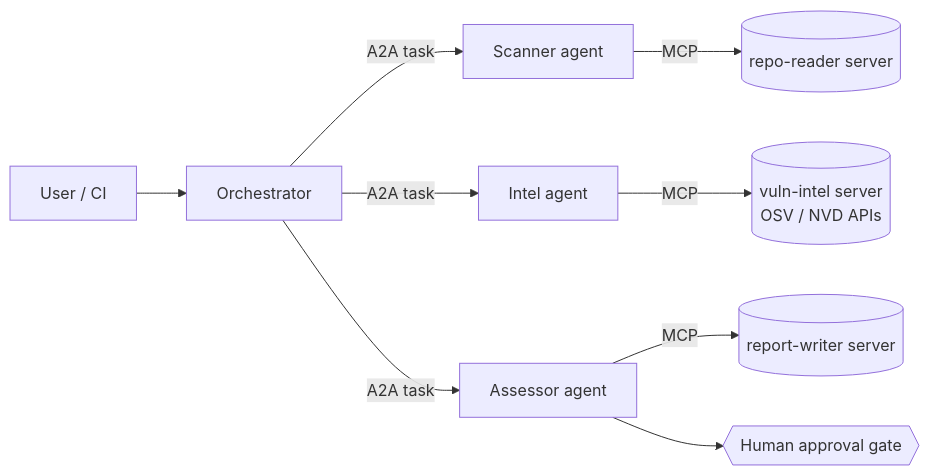
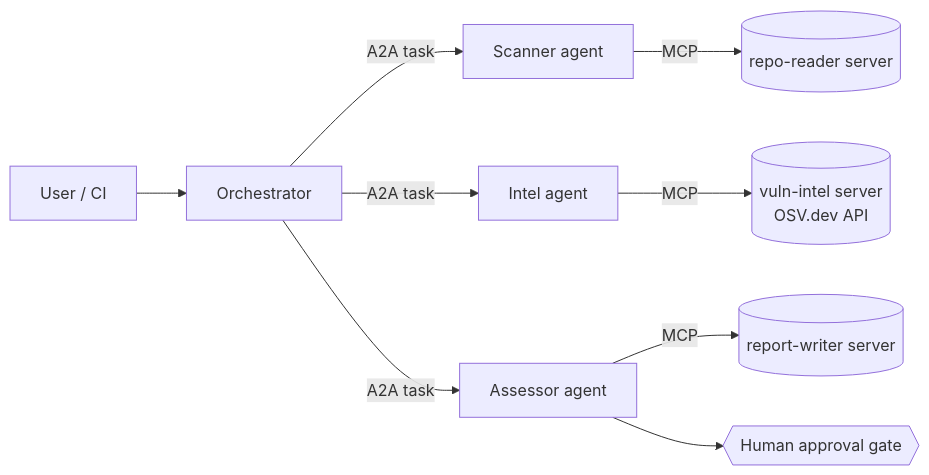
The diagram in README.md (AIML-Solutions/triage-mesh), drawn with Mermaid before and after one commit. The commit also changed other lines of this file and 3 other files, not shown here.

````diff
--- a/README.md
+++ b/README.md
@@ -33,11 +45,11 @@
 ```mermaid
 flowchart LR
     U[User / CI] --> O[Orchestrator]
     O -- A2A task --> S[Scanner agent]
     O -- A2A task --> I[Intel agent]
     O -- A2A task --> A[Assessor agent]
     S -- MCP --> RS[(repo-reader server)]
-    I -- MCP --> VS[(vuln-intel server<br/>OSV / NVD APIs)]
+    I -- MCP --> VS[(vuln-intel server<br/>OSV.dev API)]
     A -- MCP --> WS[(report-writer server)]
     A --> H{{Human approval gate}}
 ```
````
